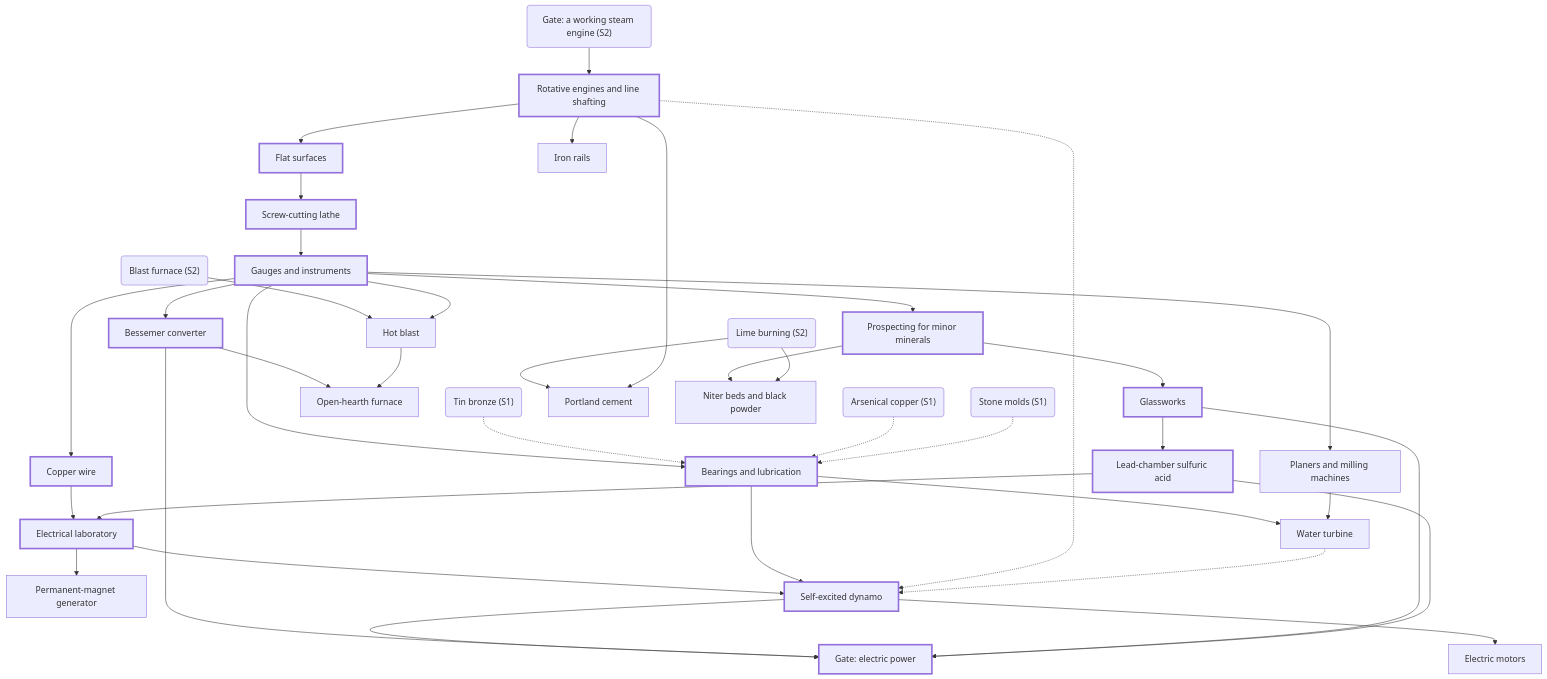
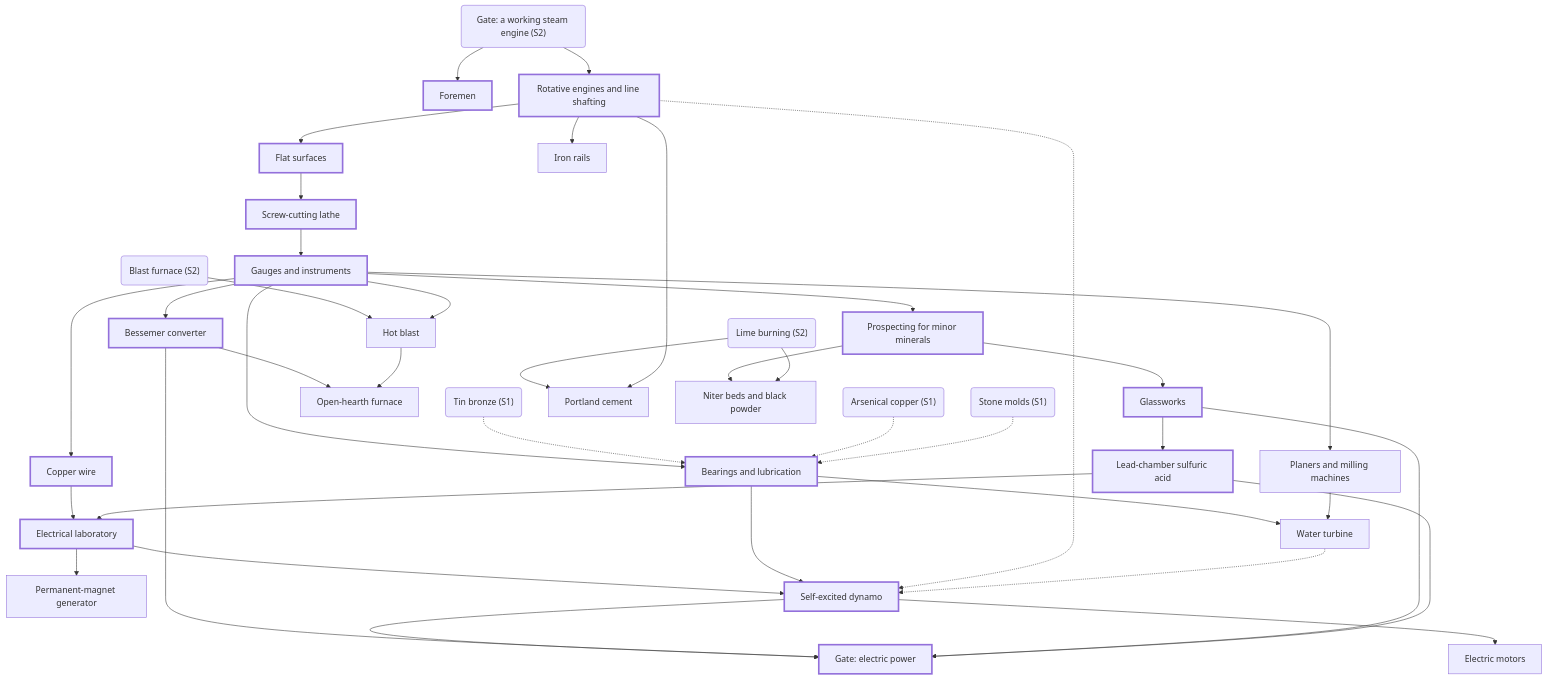
Before and after one commit to joethechickenguy/repo_for_claude: the third of 6 diagrams in tech-tree/generated/dependencies.md, drawn with Mermaid. The commit also changed other lines of this file and 13 other files, not shown here.

````diff
--- a/tech-tree/generated/dependencies.md
+++ b/tech-tree/generated/dependencies.md
@@ -230,70 +231,72 @@
 ```mermaid
 flowchart TD
+  foremen["Foremen"]
+  gate_steam --> foremen
   rotative_engine_shafting["Rotative engines and line shafting"]
   gate_steam --> rotative_engine_shafting
   surface_plates["Flat surfaces"]
   rotative_engine_shafting --> surface_plates
   screw_cutting_lathe["Screw-cutting lathe"]
   surface_plates --> screw_cutting_lathe
   measurement["Gauges and instruments"]
   screw_cutting_lathe --> measurement
   bearings_lubrication["Bearings and lubrication"]
   measurement --> bearings_lubrication
   tin_bronze -.-> bearings_lubrication
   arsenical_copper -.-> bearings_lubrication
   stone_molds -.-> bearings_lubrication
   planer_milling["Planers and milling machines"]
   measurement --> planer_milling
   rails_wagonways["Iron rails"]
   rotative_engine_shafting --> rails_wagonways
   bessemer_converter["Bessemer converter"]
   measurement --> bessemer_converter
   hot_blast["Hot blast"]
   blast_furnace --> hot_blast
   measurement --> hot_blast
   open_hearth["Open-hearth furnace"]
   bessemer_converter --> open_hearth
   hot_blast --> open_hearth
   mineral_prospecting["Prospecting for minor minerals"]
   measurement --> mineral_prospecting
   glassworks["Glassworks"]
   mineral_prospecting --> glassworks
   sulfuric_acid["Lead-chamber sulfuric acid"]
   glassworks --> sulfuric_acid
   portland_cement["Portland cement"]
   lime_burning --> portland_cement
   rotative_engine_shafting --> portland_cement
   niter_beds["Niter beds and black powder"]
   mineral_prospecting --> niter_beds
   lime_burning --> niter_beds
   wire_drawing["Copper wire"]
   measurement --> wire_drawing
   electrical_laboratory["Electrical laboratory"]
   wire_drawing --> electrical_laboratory
   sulfuric_acid --> electrical_laboratory
   magneto_generator["Permanent-magnet generator"]
   electrical_laboratory --> magneto_generator
   water_turbine["Water turbine"]
   bearings_lubrication --> water_turbine
   planer_milling --> water_turbine
   dynamo["Self-excited dynamo"]
   electrical_laboratory --> dynamo
   bearings_lubrication --> dynamo
   rotative_engine_shafting -.-> dynamo
   water_turbine -.-> dynamo
   electric_motors_preview["Electric motors"]
   dynamo --> electric_motors_preview
   gate_generator["Gate: electric power"]
   dynamo --> gate_generator
   bessemer_converter --> gate_generator
   glassworks --> gate_generator
   sulfuric_acid --> gate_generator
   arsenical_copper("Arsenical copper (S1)")
   blast_furnace("Blast furnace (S2)")
   gate_steam("Gate: a working steam engine (S2)")
   lime_burning("Lime burning (S2)")
   stone_molds("Stone molds (S1)")
   tin_bronze("Tin bronze (S1)")
   classDef crit stroke-width:3px
-  class rotative_engine_shafting,surface_plates,screw_cutting_lathe,measurement,bearings_lubrication,bessemer_converter,mineral_prospecting,glassworks,sulfuric_acid,wire_drawing,electrical_laboratory,dynamo,gate_generator crit
+  class foremen,rotative_engine_shafting,surface_plates,screw_cutting_lathe,measurement,bearings_lubrication,bessemer_converter,mineral_prospecting,glassworks,sulfuric_acid,wire_drawing,electrical_laboratory,dynamo,gate_generator crit
 ```
````
